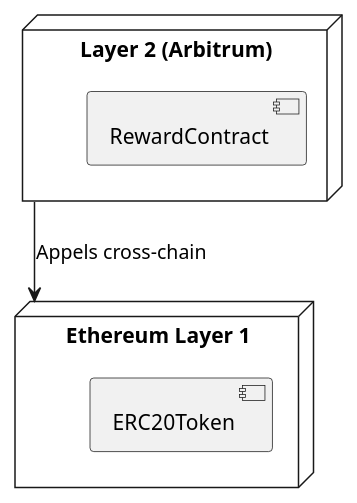
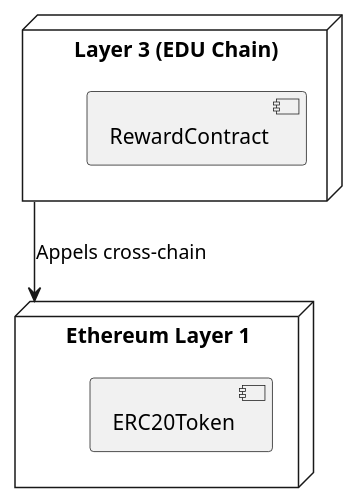
One commit to ErwanDerrien/EtudeDeCas changed the diagram in Diagrammes (4+1 Model)/Deployment_Diagram.puml. Above: the diagram before and after it, drawn with PlantUML. The commit also changed 10 other files, not shown here.

```diff
--- a/Diagrammes (4+1 Model)/Deployment_Diagram.puml
+++ b/Diagrammes (4+1 Model)/Deployment_Diagram.puml
@@ -1,9 +1,9 @@
 @startuml Deployment_Diagram
 node "Ethereum Layer 1" as L1 {
   component "ERC20Token" as TokenL1
 }
-node "Layer 2 (Arbitrum)" as L2 {
-  component "RewardContract" as RewardL2
+node "Layer 3 (EDU Chain)" as L3 {
+  component "RewardContract" as RewardL3
 }
-L2 --> L1 : Appels cross-chain
+L3 --> L1 : Appels cross-chain
 @enduml
```
